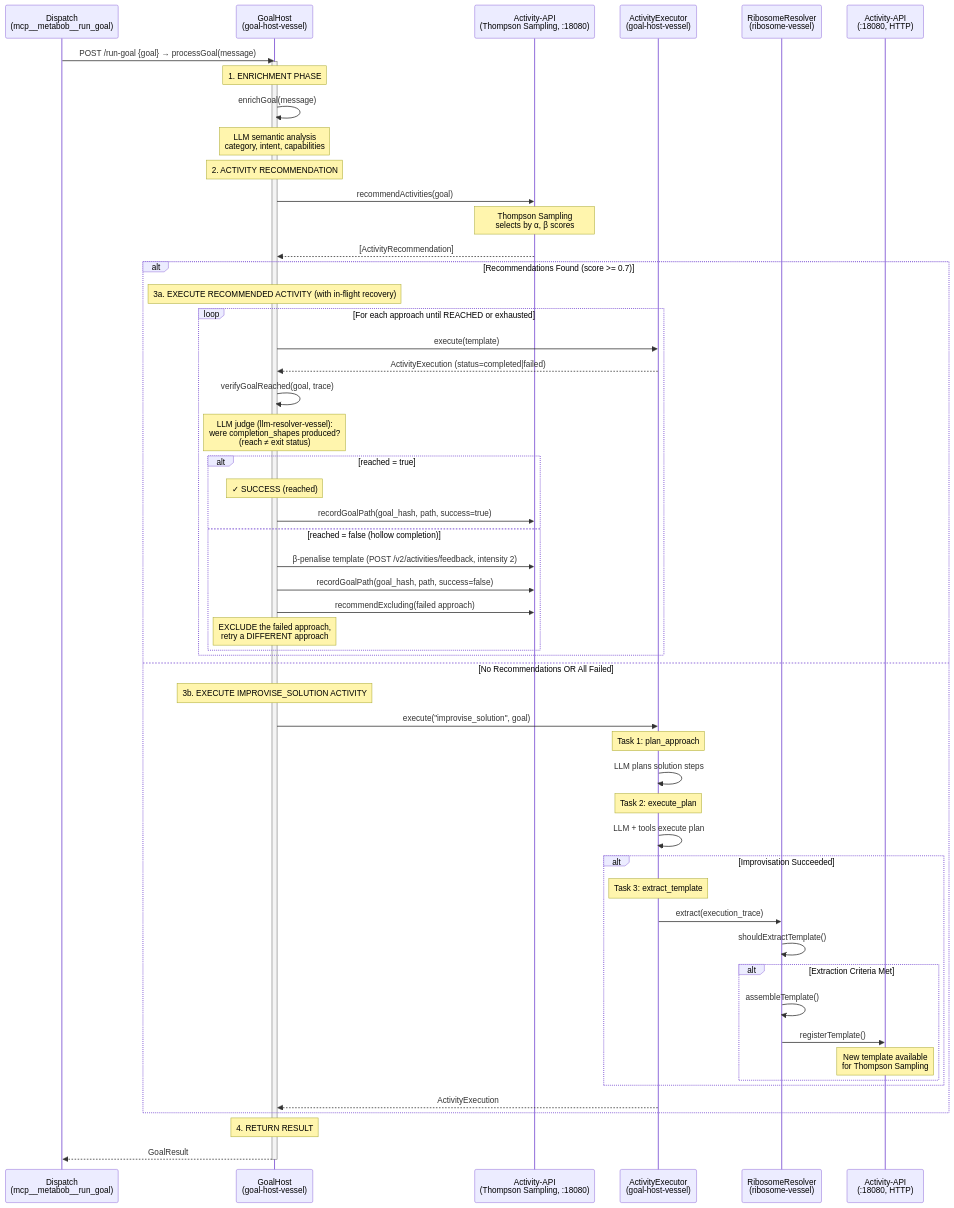
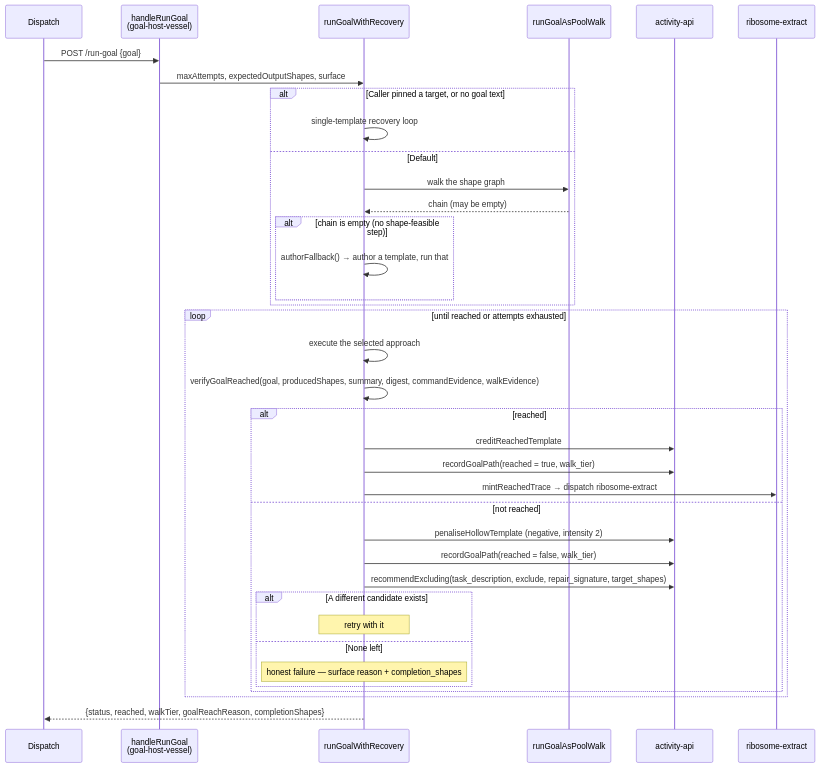
One commit to AviGopal/substrate changed the first of 8 diagrams in docs/architecture/sequences/04-improvisation-failure-modes.md. Above: the diagram before and after it, drawn with Mermaid. The commit also changed other lines of this file and 43 other files, not shown here.

````diff
--- a/docs/architecture/sequences/04-improvisation-failure-modes.md
+++ b/docs/architecture/sequences/04-improvisation-failure-modes.md
@@ -35,67 +30,44 @@
 ```mermaid
 sequenceDiagram
-    participant User as Dispatch<br/>(mcp__metabob__run_goal)
-    participant GP as GoalHost<br/>(goal-host-vessel)
-    participant BE as Activity-API<br/>(Thompson Sampling, :18080)
-    participant Exec as ActivityExecutor<br/>(goal-host-vessel)
-    participant Ribosome as RibosomeResolver<br/>(ribosome-vessel)
-    participant MCP as Activity-API<br/>(:18080, HTTP)
+    participant User as Dispatch
+    participant GH as handleRunGoal<br/>(goal-host-vessel)
+    participant Rec as runGoalWithRecovery
+    participant Walk as runGoalAsPoolWalk
+    participant API as activity-api
+    participant Ribo as ribosome-extract
 
-    User->>GP: POST /run-goal {goal} → processGoal(message)
-    activate GP
+    User->>GH: POST /run-goal {goal}
+    GH->>Rec: maxAttempts, expectedOutputShapes, surface
 
-    Note over GP: 1. ENRICHMENT PHASE
-    GP->>GP: enrichGoal(message)
-    Note over GP: LLM semantic analysis<br/>category, intent, capabilities
+    alt Caller pinned a target, or no goal text
+        Rec->>Rec: single-template recovery loop
+    else Default
+        Rec->>Walk: walk the shape graph
+        Walk-->>Rec: chain (may be empty)
+        alt chain is empty (no shape-feasible step)
+            Rec->>Rec: authorFallback() → author a template, run that
+        end
+    end
 
-    Note over GP: 2. ACTIVITY RECOMMENDATION
-    GP->>BE: recommendActivities(goal)
-    Note over BE: Thompson Sampling<br/>selects by α, β scores
-    BE-->>GP: [ActivityRecommendation]
+    loop until reached or attempts exhausted
+        Rec->>Rec: execute the selected approach
+        Rec->>Rec: verifyGoalReached(goal, producedShapes, summary, digest, commandEvidence, walkEvidence)
 
-    alt Recommendations Found (score >= 0.7)
-        Note over GP: 3a. EXECUTE RECOMMENDED ACTIVITY (with in-flight recovery)
-        loop For each approach until REACHED or exhausted
-            GP->>Exec: execute(template)
-            Exec-->>GP: ActivityExecution (status=completed|failed)
-
-            GP->>GP: verifyGoalReached(goal, trace)
-            Note over GP: LLM judge (llm-resolver-vessel):<br/>were completion_shapes produced?<br/>(reach ≠ exit status)
-            alt reached = true
-                Note over GP: ✓ SUCCESS (reached)
-                GP->>BE: recordGoalPath(goal_hash, path, success=true)
-            else reached = false (hollow completion)
-                GP->>BE: β-penalise template (POST /v2/activities/feedback, intensity 2)
-                GP->>BE: recordGoalPath(goal_hash, path, success=false)
-                GP->>BE: recommendExcluding(failed approach)
-                Note over GP: EXCLUDE the failed approach,<br/>retry a DIFFERENT approach
+        alt reached
+            Rec->>API: creditReachedTemplate
+            Rec->>API: recordGoalPath(reached = true, walk_tier)
+            Rec->>Ribo: mintReachedTrace → dispatch ribosome-extract
+        else not reached
+            Rec->>API: penaliseHollowTemplate (negative, intensity 2)
+            Rec->>API: recordGoalPath(reached = false, walk_tier)
+            Rec->>API: recommendExcluding(task_description, exclude, repair_signature, target_shapes)
+            alt A different candidate exists
+                Note over Rec: retry with it
+            else None left
+                Note over Rec: honest failure — surface reason + completion_shapes
             end
         end
-    else No Recommendations OR All Failed
-        Note over GP: 3b. EXECUTE IMPROVISE_SOLUTION ACTIVITY
-        GP->>Exec: execute("improvise_solution", goal)
-
-        Note over Exec: Task 1: plan_approach
-        Exec->>Exec: LLM plans solution steps
-
-        Note over Exec: Task 2: execute_plan
-        Exec->>Exec: LLM + tools execute plan
-
-        alt Improvisation Succeeded
-            Note over Exec: Task 3: extract_template
-            Exec->>Ribosome: extract(execution_trace)
-            Ribosome->>Ribosome: shouldExtractTemplate()
-            alt Extraction Criteria Met
-                Ribosome->>Ribosome: assembleTemplate()
-                Ribosome->>MCP: registerTemplate()
-                Note over MCP: New template available<br/>for Thompson Sampling
-            end
-        end
-
-        Exec-->>GP: ActivityExecution
     end
 
-    Note over GP: 4. RETURN RESULT
-    GP-->>User: GoalResult
-    deactivate GP
+    Rec-->>User: {status, reached, walkTier, goalReachReason, completionShapes}
 ```
````
